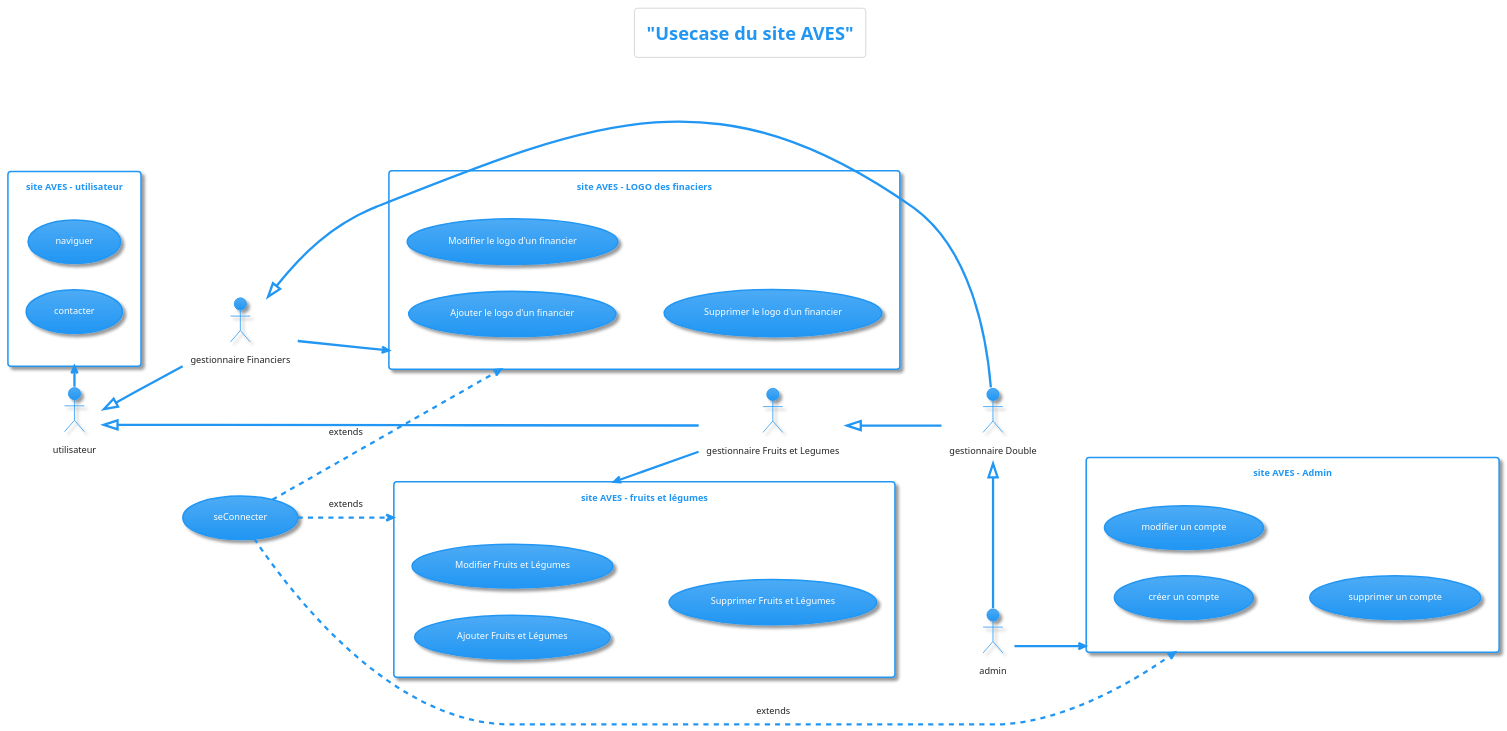
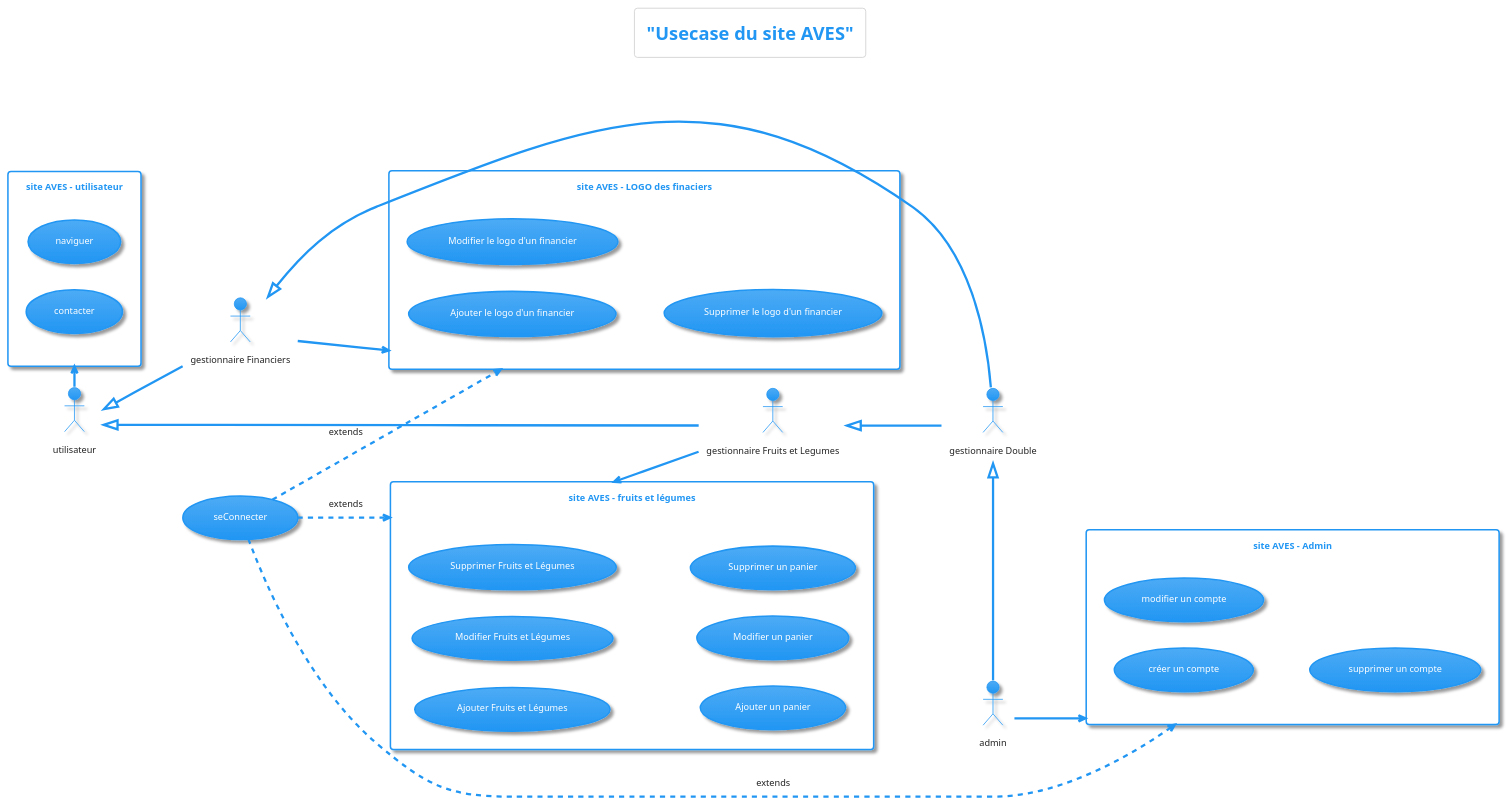
Before and after one commit to remip03/AVESVermandois: the diagram in Conception/useCaseAVES.puml, drawn with PlantUML. The commit also changed 10 other files, not shown here.

```diff
--- a/Conception/useCaseAVES.puml
+++ b/Conception/useCaseAVES.puml
@@ -1,66 +1,69 @@
 @startuml usecase
 
 !theme materia
 
 title = "Usecase du site AVES"
 
 left to right direction
 
 actor admin as a
 actor "gestionnaire Fruits et Legumes" as gfel
 actor "gestionnaire Financiers" as gf
 actor "gestionnaire Double" as gd
 actor utilisateur as u
 
 usecase seConnecter as co
 
 rectangle "site AVES - utilisateur" as rectu {
 
     usecase naviguer as nav
     usecase contacter as cont
 
 }
 
 rectangle "site AVES - fruits et légumes" as rectfel {
 
     usecase "Ajouter Fruits et Légumes" as afel
     usecase "Modifier Fruits et Légumes" as mfel
     usecase "Supprimer Fruits et Légumes" as sfel
+    usecase "Ajouter un panier" as apa
+    usecase "Modifier un panier" as mpa
+    usecase "Supprimer un panier" as spa
 
 }
 
 rectangle "site AVES - LOGO des finaciers" as rectlf {
 
     usecase "Ajouter le logo d'un financier" as alf
     usecase "Modifier le logo d'un financier" as mlf
     usecase "Supprimer le logo d'un financier" as slf
 
 }
 
 rectangle "site AVES - Admin" as recta {
 
     usecase "créer un compte" as ccompte
     usecase "modifier un compte" as mcompte
     usecase "supprimer un compte" as scompte
 
 }
 
 '  liens d'héritage
 gd <|- a
 gfel <|-- gd
 gf <|-- gd
 u <|-- gf
 u <|-- gfel
 
 '  attribution des usecase
 u -right-> rectu
 gfel -up-> rectfel
 gf -down-> rectlf
 a --> recta
 
 co ..> recta : extends
 co ..> rectfel : extends
 co ..> rectlf : extends
 
 
 @enduml
```
